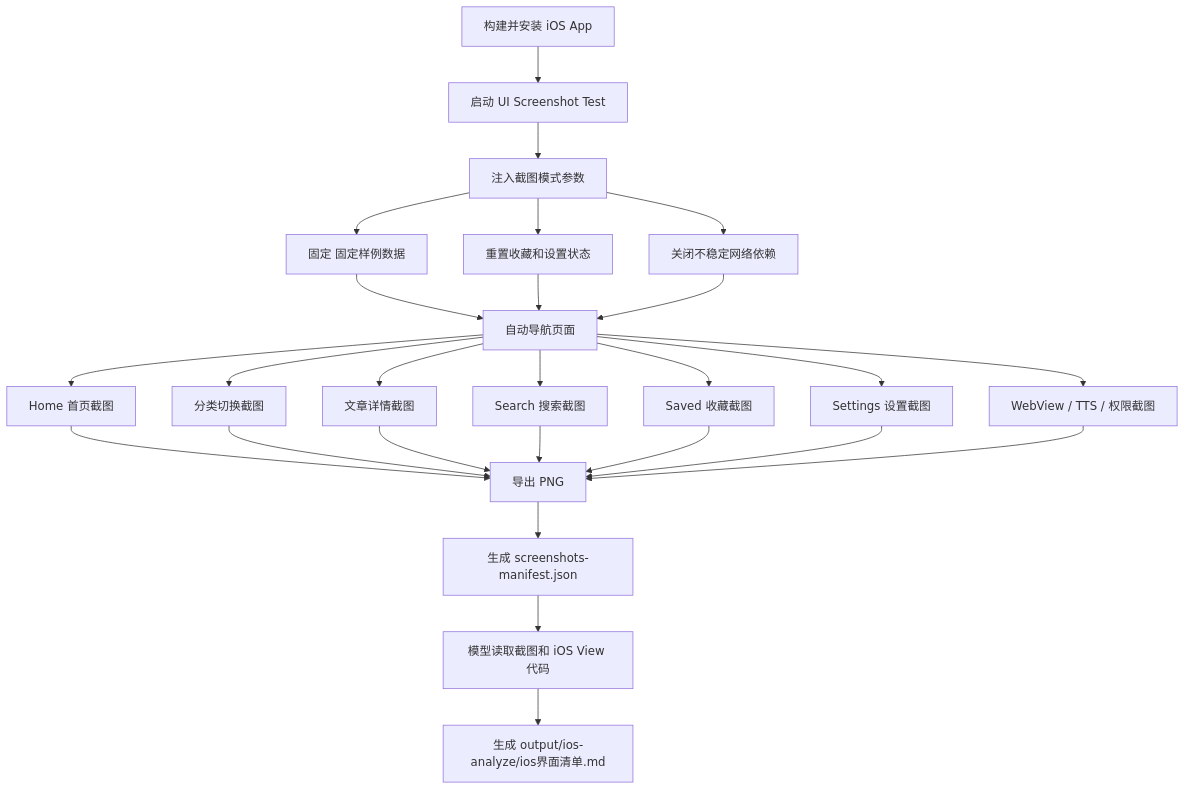
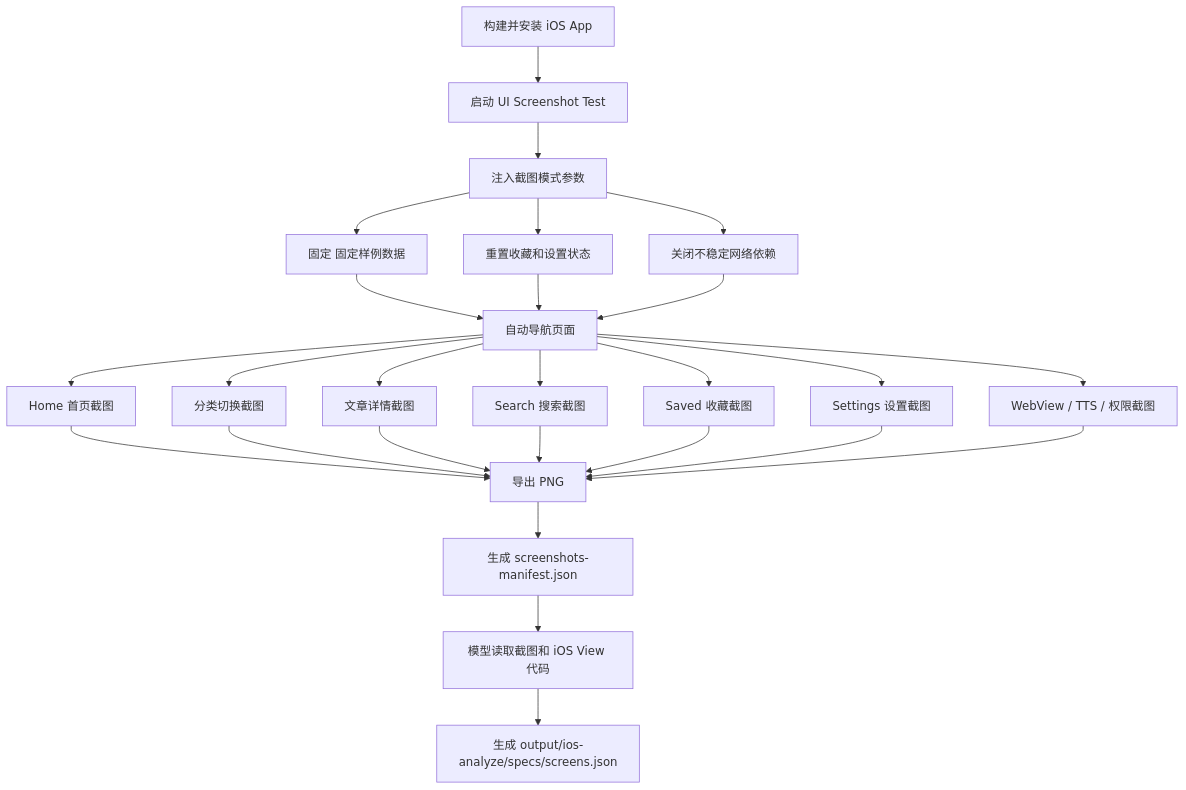
Before and after one commit to ilubuntu/appconvert: the second of 2 diagrams in 方案/方案.md, drawn with Mermaid. The commit also changed other lines of this file and 53 other files, not shown here.

````diff
--- a/方案/方案.md
+++ b/方案/方案.md
@@ -304,32 +336,32 @@
 ```mermaid
 flowchart TD
     A[构建并安装 iOS App] --> B[启动 UI Screenshot Test]
     B --> C[注入截图模式参数]
     C --> C1[固定 固定样例数据]
     C --> C2[重置收藏和设置状态]
     C --> C3[关闭不稳定网络依赖]
 
     C1 --> D[自动导航页面]
     C2 --> D
     C3 --> D
 
     D --> D1[Home 首页截图]
     D --> D2[分类切换截图]
     D --> D3[文章详情截图]
     D --> D4[Search 搜索截图]
     D --> D5[Saved 收藏截图]
     D --> D6[Settings 设置截图]
     D --> D7[WebView / TTS / 权限截图]
 
     D1 --> E[导出 PNG]
     D2 --> E
     D3 --> E
     D4 --> E
     D5 --> E
     D6 --> E
     D7 --> E
 
     E --> F[生成 screenshots-manifest.json]
     F --> G[模型读取截图和 iOS View 代码]
-    G --> H[生成 output/ios-analyze/ios界面清单.md]
+    G --> H[生成 output/ios-analyze/specs/screens.json]
 ```
````
